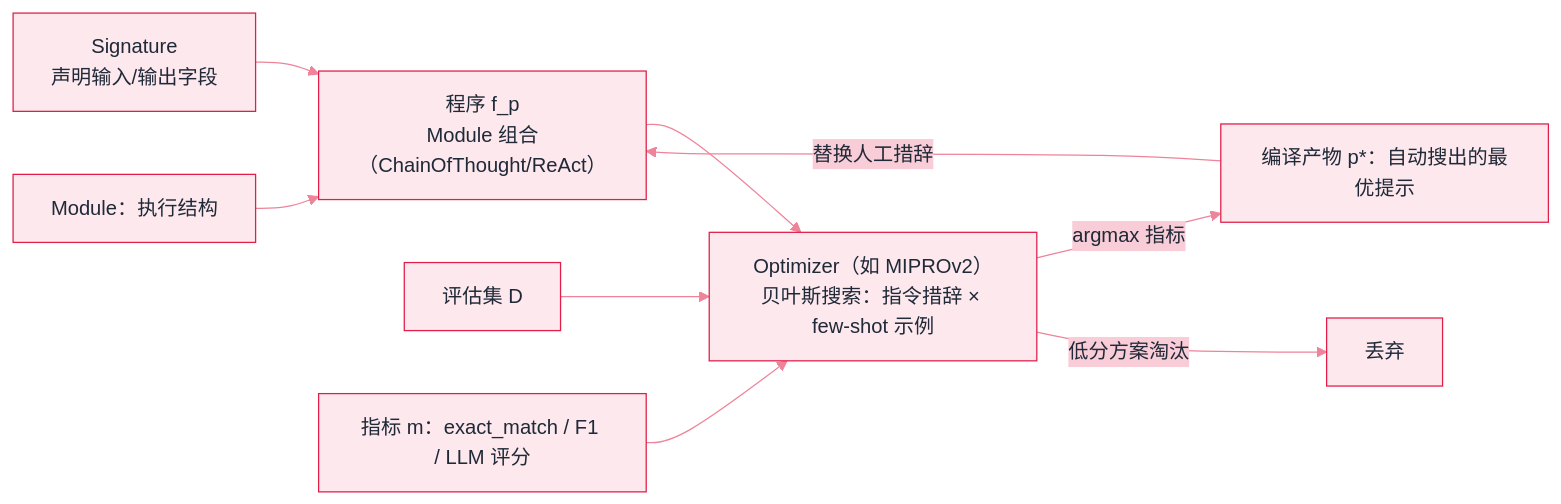
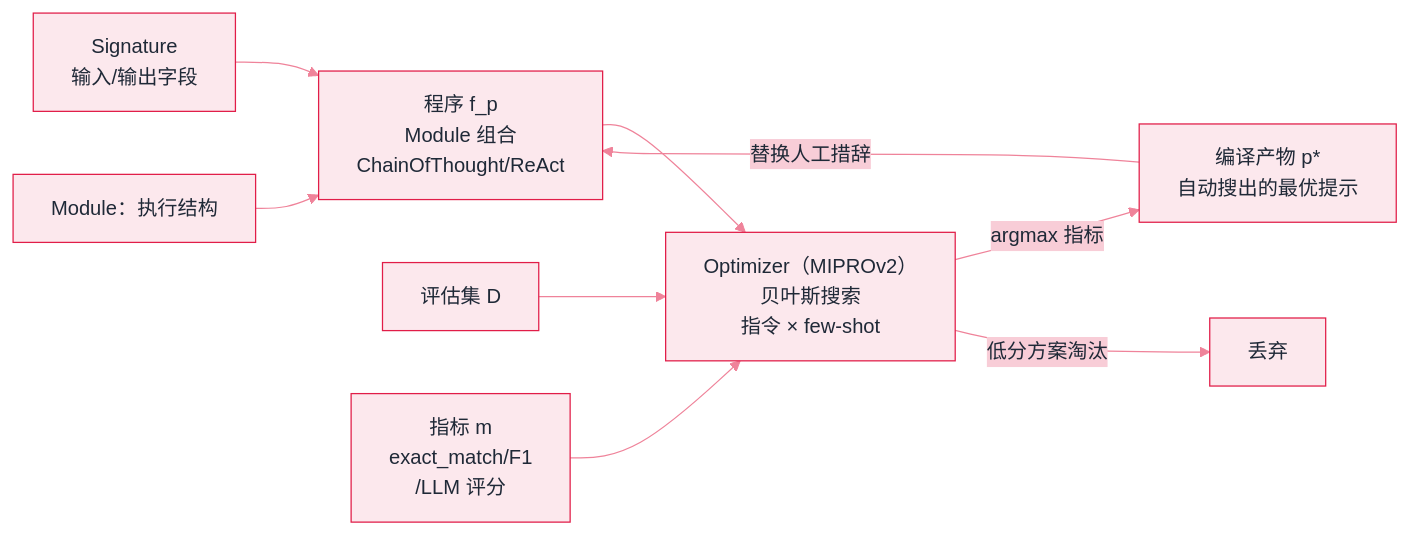
Before and after one commit to funny8kids/ai-agent-handbook: the diagram in docs/09-frameworks/dspy.md, drawn with Mermaid. The commit also changed other lines of this file and 39 other files, not shown here.

First line of the commit message:
Round 15: re-measure all diagrams on GitBook's real mermaid version (11.14.0)

````diff
--- a/docs/09-frameworks/dspy.md
+++ b/docs/09-frameworks/dspy.md
@@ -46,12 +46,12 @@
 ```mermaid
 %%{init: {"theme":"base","themeVariables":{"primaryColor":"#FCE8ED","primaryBorderColor":"#E11D48","primaryTextColor":"#1F2937","secondaryColor":"#F8CDD7","tertiaryColor":"#FEF6F8","lineColor":"#EF839A","actorBkg":"#FDEDF0","actorBorder":"#E11D48","actorTextColor":"#1F2937","signalColor":"#EA617F","noteBkgColor":"#FAD6DE","noteBorderColor":"#E11D48","noteTextColor":"#1F2937","labelBoxBkgColor":"#FCE8ED","labelBoxBorderColor":"#E11D48"}}}%%
 flowchart LR
-  S["Signature<br/>声明输入/输出字段"] --> F["程序 f_p<br/>Module 组合（ChainOfThought/ReAct）"]
+  S["Signature<br/>输入/输出字段"] --> F["程序 f_p<br/>Module 组合<br/>ChainOfThought/ReAct"]
   MOD["Module：执行结构"] --> F
-  F --> O["Optimizer（如 MIPROv2）<br/>贝叶斯搜索：指令措辞 × few-shot 示例"]
+  F --> O["Optimizer（MIPROv2）<br/>贝叶斯搜索<br/>指令 × few-shot"]
   D["评估集 D"] --> O
-  M["指标 m：exact_match / F1 / LLM 评分"] --> O
-  O -->|argmax 指标| P["编译产物 p*：自动搜出的最优提示"]
+  M["指标 m<br/>exact_match/F1<br/>/LLM 评分"] --> O
+  O -->|argmax 指标| P["编译产物 p*<br/>自动搜出的最优提示"]
   P -->|替换人工措辞| F
   O -->|低分方案淘汰| X["丢弃"]
 ```
````
